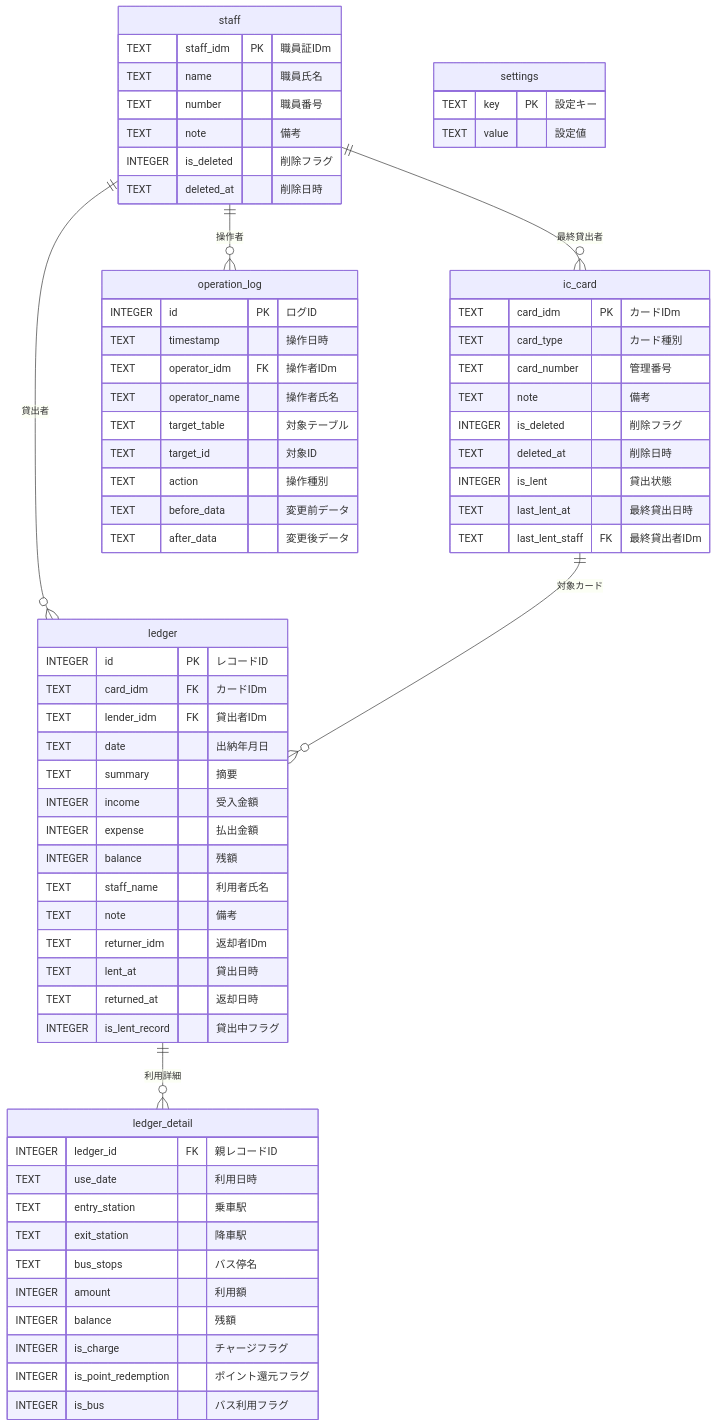
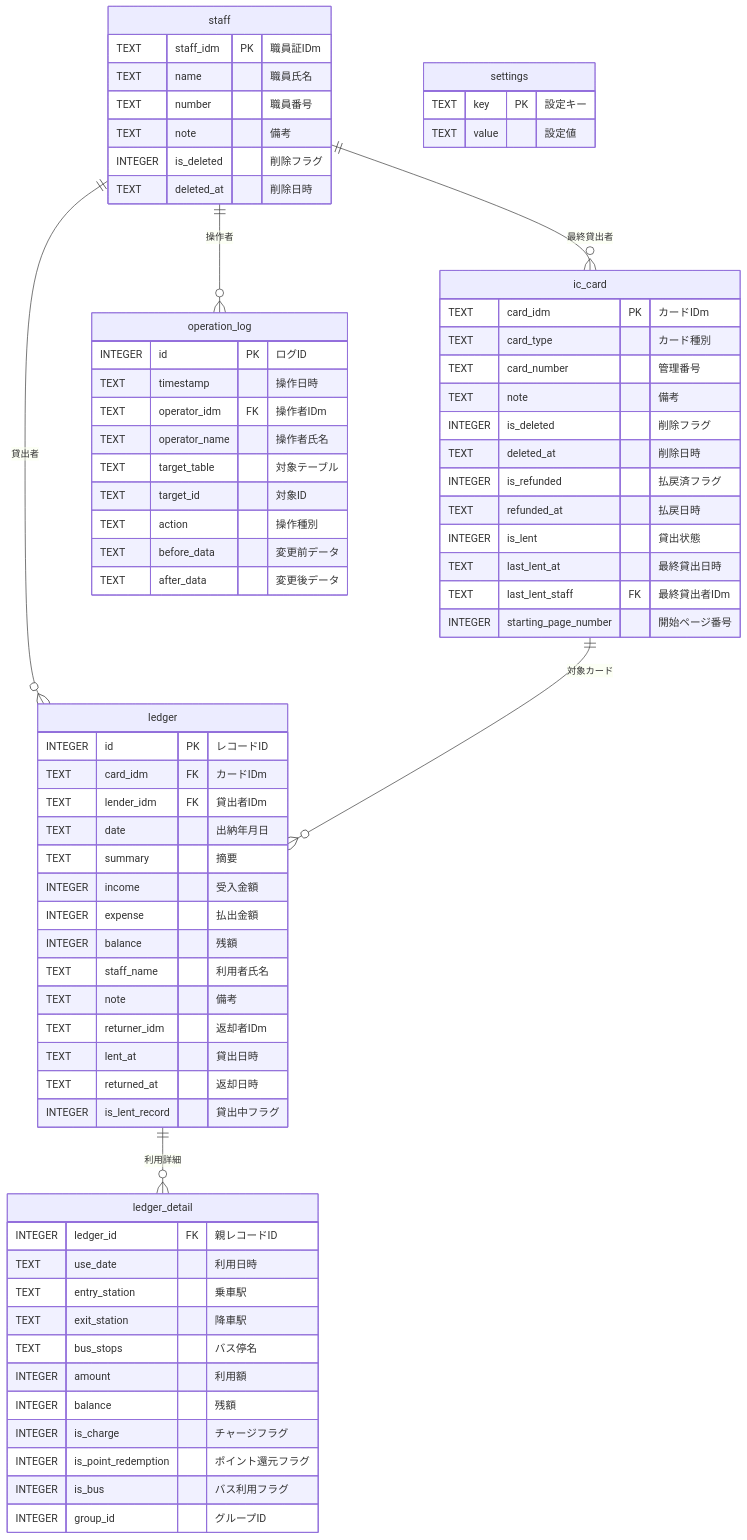
Before and after one commit to kuwayamamasayuki/ICCardManager: the diagram in ICCardManager/docs/design/02_DB設計書.md, drawn with Mermaid. The commit also changed other lines of this file, not shown here.

````diff
--- a/ICCardManager/docs/design/02_DB設計書.md
+++ b/ICCardManager/docs/design/02_DB設計書.md
@@ -5,76 +5,80 @@
 ```mermaid
 erDiagram
     staff ||--o{ ledger : "貸出者"
     staff ||--o{ ic_card : "最終貸出者"
     ic_card ||--o{ ledger : "対象カード"
     ledger ||--o{ ledger_detail : "利用詳細"
     staff ||--o{ operation_log : "操作者"
 
     staff {
         TEXT staff_idm PK "職員証IDm"
         TEXT name "職員氏名"
         TEXT number "職員番号"
         TEXT note "備考"
         INTEGER is_deleted "削除フラグ"
         TEXT deleted_at "削除日時"
     }
 
     ic_card {
         TEXT card_idm PK "カードIDm"
         TEXT card_type "カード種別"
         TEXT card_number "管理番号"
         TEXT note "備考"
         INTEGER is_deleted "削除フラグ"
         TEXT deleted_at "削除日時"
+        INTEGER is_refunded "払戻済フラグ"
+        TEXT refunded_at "払戻日時"
         INTEGER is_lent "貸出状態"
         TEXT last_lent_at "最終貸出日時"
         TEXT last_lent_staff FK "最終貸出者IDm"
+        INTEGER starting_page_number "開始ページ番号"
     }
 
     ledger {
         INTEGER id PK "レコードID"
         TEXT card_idm FK "カードIDm"
         TEXT lender_idm FK "貸出者IDm"
         TEXT date "出納年月日"
         TEXT summary "摘要"
         INTEGER income "受入金額"
         INTEGER expense "払出金額"
         INTEGER balance "残額"
         TEXT staff_name "利用者氏名"
         TEXT note "備考"
         TEXT returner_idm "返却者IDm"
         TEXT lent_at "貸出日時"
         TEXT returned_at "返却日時"
         INTEGER is_lent_record "貸出中フラグ"
     }
 
     ledger_detail {
         INTEGER ledger_id FK "親レコードID"
         TEXT use_date "利用日時"
         TEXT entry_station "乗車駅"
         TEXT exit_station "降車駅"
         TEXT bus_stops "バス停名"
         INTEGER amount "利用額"
         INTEGER balance "残額"
         INTEGER is_charge "チャージフラグ"
         INTEGER is_point_redemption "ポイント還元フラグ"
         INTEGER is_bus "バス利用フラグ"
+        INTEGER group_id "グループID"
     }
 
     operation_log {
         INTEGER id PK "ログID"
         TEXT timestamp "操作日時"
         TEXT operator_idm FK "操作者IDm"
         TEXT operator_name "操作者氏名"
         TEXT target_table "対象テーブル"
         TEXT target_id "対象ID"
         TEXT action "操作種別"
         TEXT before_data "変更前データ"
         TEXT after_data "変更後データ"
     }
 
     settings {
         TEXT key PK "設定キー"
         TEXT value "設定値"
     }
 ```
````
